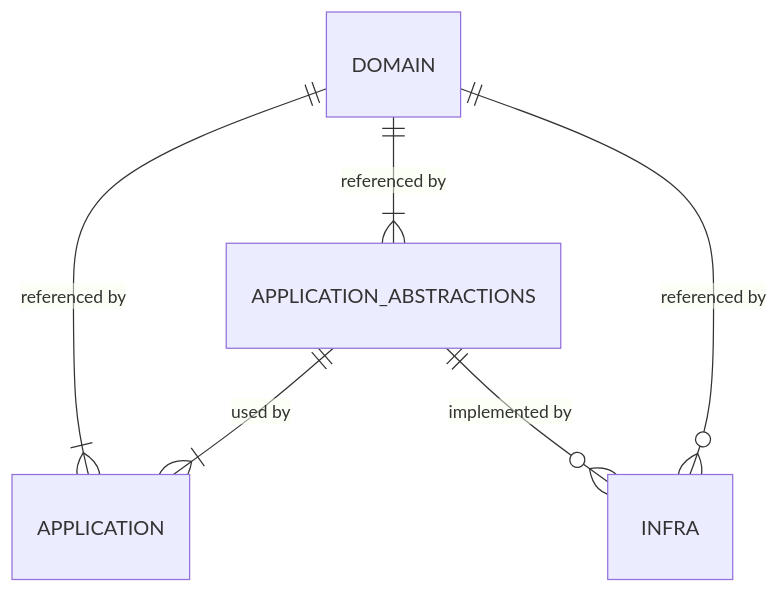
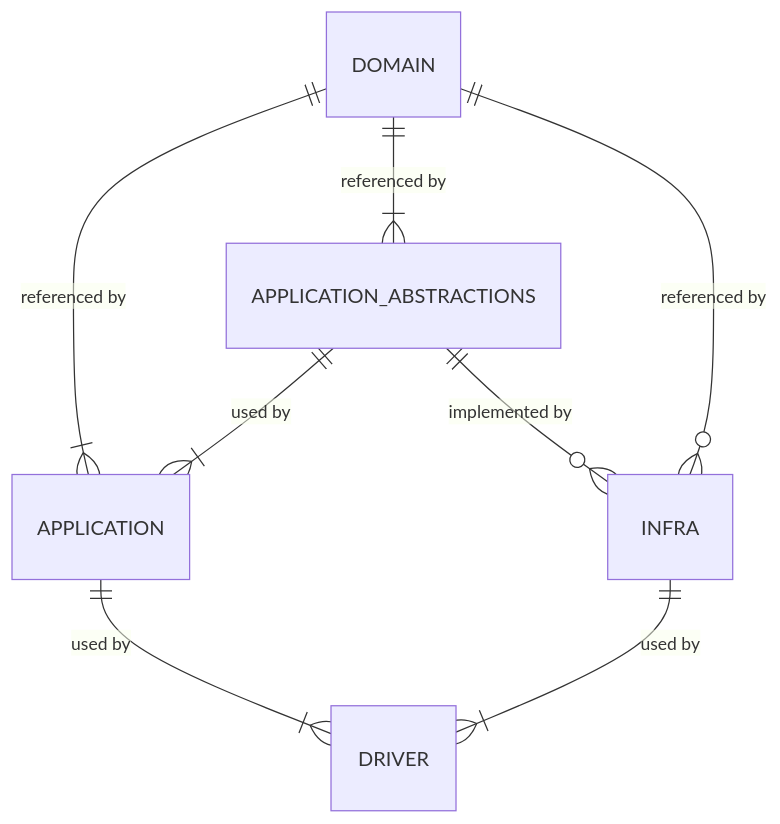
The first of 9 diagrams in README.md (looplex-osi/dotnet-foundation), drawn with Mermaid before and after one commit. The commit also changed other lines of this file, not shown here.

Commit message:
docs: add driver into the project description

````diff
--- a/README.md
+++ b/README.md
@@ -3,9 +3,12 @@
 ```mermaid
 erDiagram
   DOMAIN ||--|{ APPLICATION : "referenced by"
   DOMAIN ||--|{ APPLICATION_ABSTRACTIONS : "referenced by"
 
   APPLICATION_ABSTRACTIONS ||--|{ APPLICATION : "used by"
   APPLICATION_ABSTRACTIONS ||--o{ INFRA : "implemented by"
   DOMAIN ||--o{ INFRA : "referenced by"
+
+  APPLICATION ||--|{ DRIVER : "used by"
+  INFRA ||--|{ DRIVER : "used by"
 ```
````
